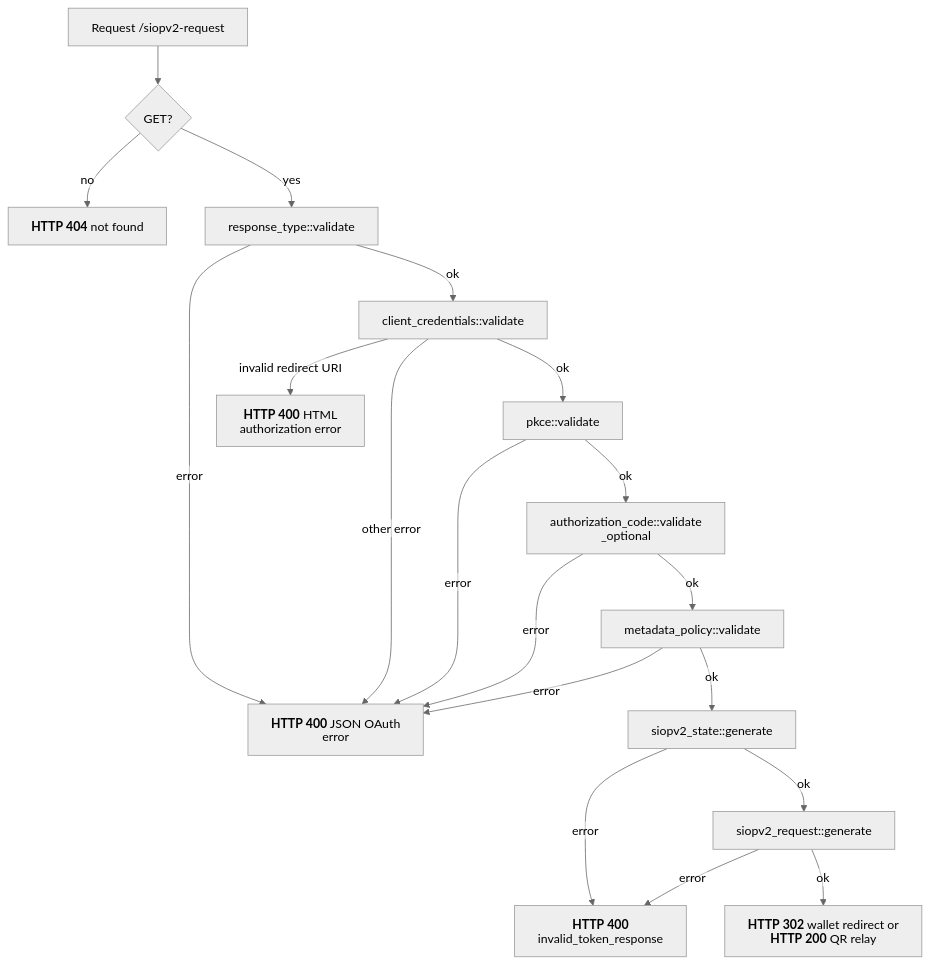
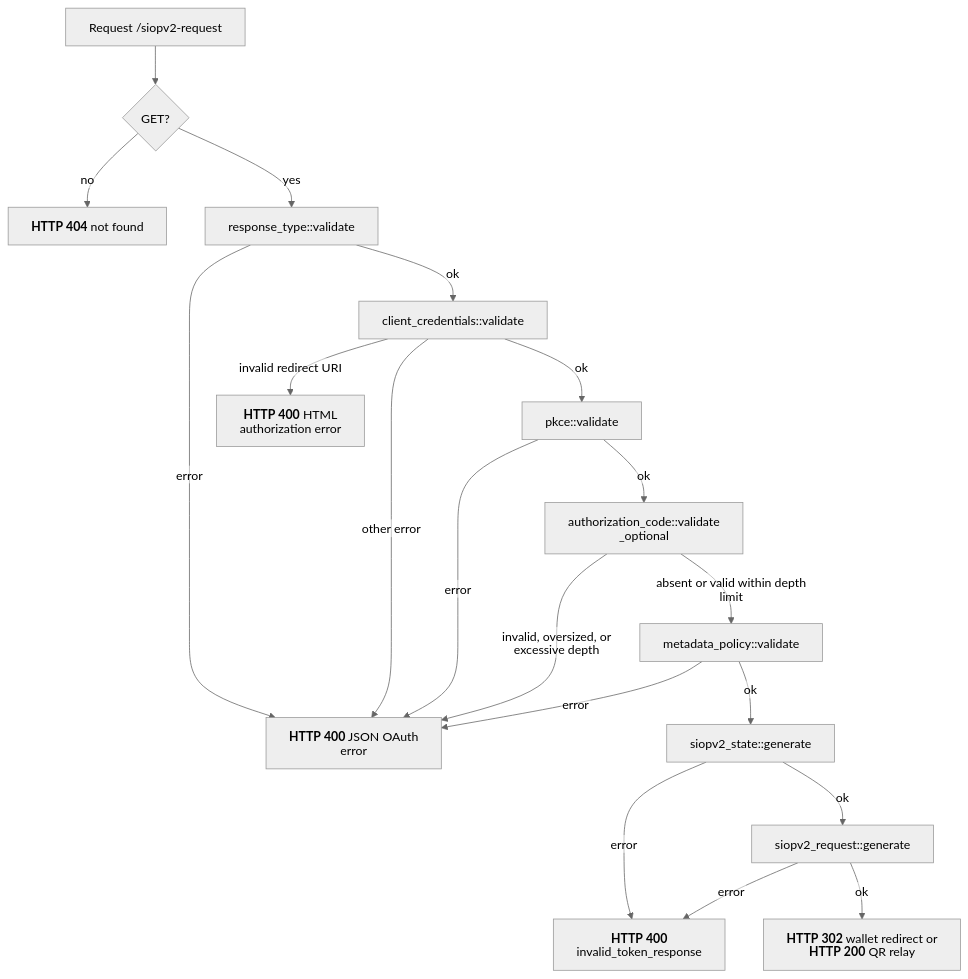
One commit to malach-it/kagome changed the diagram in docs/flows/siopv2/authorization_request_endpoint.mmd. Above: the diagram before and after it, drawn with Mermaid (neutral theme). The commit also changed 25 other files, not shown here.

```diff
--- a/docs/flows/siopv2/authorization_request_endpoint.mmd
+++ b/docs/flows/siopv2/authorization_request_endpoint.mmd
@@ -1,20 +1,20 @@
 %%{init: {"htmlLabels": false, "flowchart": {"htmlLabels": false}}}%%
 flowchart TD
     start[Request /siopv2-request] --> method{GET?}
     method -- no --> not_found["`**HTTP 404** not found`"]
     method -- yes --> response_type["response_type::validate"]
     response_type -- error --> request_error["`**HTTP 400** JSON OAuth error`"]
     response_type -- ok --> client["client_credentials::validate"]
     client -- invalid redirect URI --> html_error["`**HTTP 400** HTML authorization error`"]
     client -- other error --> request_error
     client -- ok --> pkce["pkce::validate"]
     pkce -- error --> request_error
     pkce -- ok --> code["authorization_code::validate_optional"]
-    code -- error --> request_error
-    code -- ok --> policy["metadata_policy::validate"]
+    code -- invalid, oversized, or excessive depth --> request_error
+    code -- absent or valid within depth limit --> policy["metadata_policy::validate"]
     policy -- error --> request_error
     policy -- ok --> state["siopv2_state::generate"]
     state -- error --> generation_error["`**HTTP 400** invalid_token_response`"]
     state -- ok --> request_object["siopv2_request::generate"]
     request_object -- error --> generation_error
     request_object -- ok --> success["`**HTTP 302** wallet redirect or **HTTP 200** QR relay`"]
```
